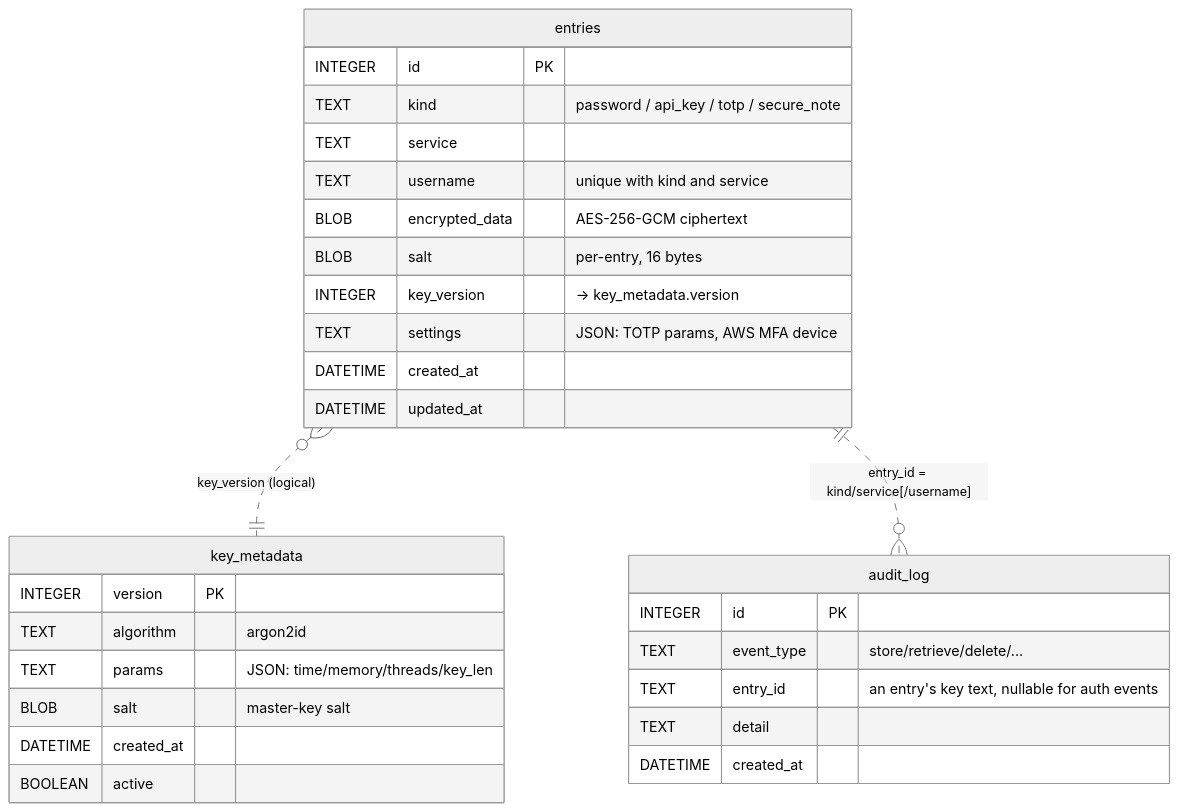
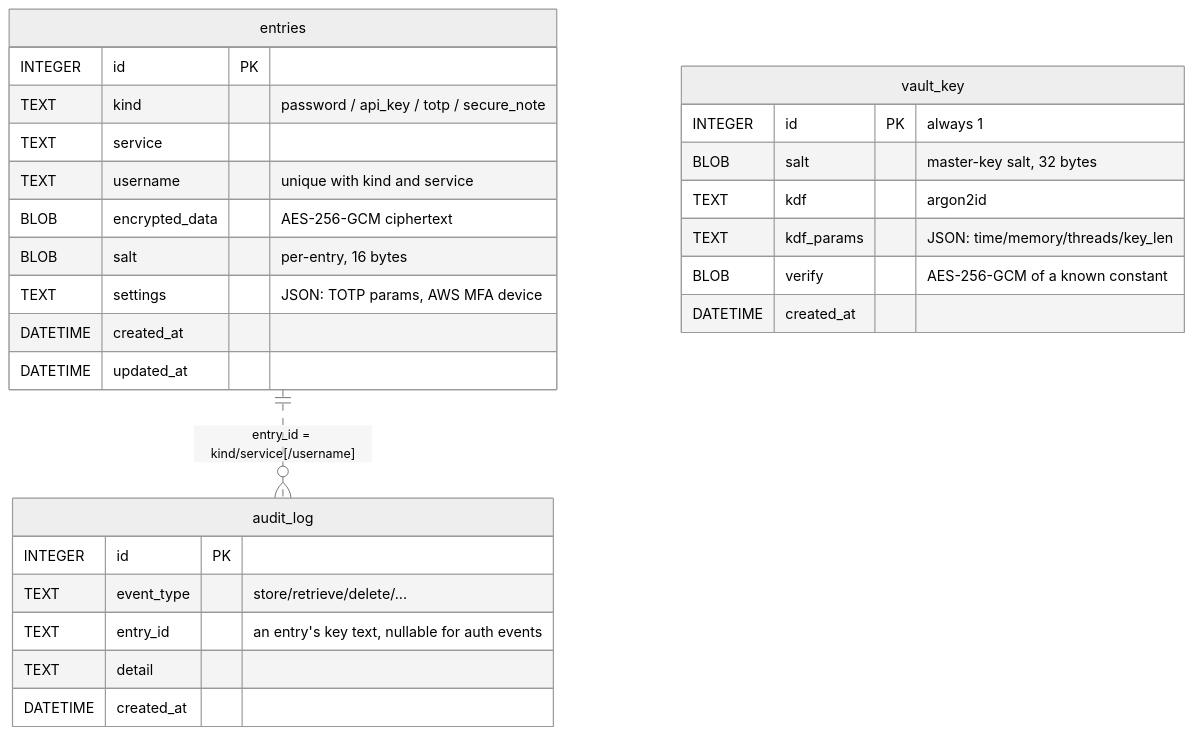
The diagram in docs/ARCHITECTURE.md (bashhack/sesh), drawn with Mermaid before and after one commit. The commit also changed other lines of this file and 34 other files, not shown here.

Commit message:
keep the master password's salt, settings and check value in the vault file, so the vault is one file

````diff
--- a/docs/ARCHITECTURE.md
+++ b/docs/ARCHITECTURE.md
@@ -216,36 +216,34 @@
 ```mermaid
 %%{init: {'theme': 'neutral'}}%%
 erDiagram
-    entries }o..|| key_metadata : "key_version (logical)"
     entries ||..o{ audit_log : "entry_id = kind/service[/username]"
 
     entries {
         INTEGER id PK
         TEXT kind "password / api_key / totp / secure_note"
         TEXT service
         TEXT username "unique with kind and service"
         BLOB encrypted_data "AES-256-GCM ciphertext"
         BLOB salt "per-entry, 16 bytes"
-        INTEGER key_version "→ key_metadata.version"
         TEXT settings "JSON: TOTP params, AWS MFA device"
         DATETIME created_at
         DATETIME updated_at
     }
 
-    key_metadata {
-        INTEGER version PK
-        TEXT algorithm "argon2id"
-        TEXT params "JSON: time/memory/threads/key_len"
-        BLOB salt "master-key salt"
+    vault_key {
+        INTEGER id PK "always 1"
+        BLOB salt "master-key salt, 32 bytes"
+        TEXT kdf "argon2id"
+        TEXT kdf_params "JSON: time/memory/threads/key_len"
+        BLOB verify "AES-256-GCM of a known constant"
         DATETIME created_at
-        BOOLEAN active
     }
 
     audit_log {
         INTEGER id PK
         TEXT event_type "store/retrieve/delete/..."
         TEXT entry_id "an entry's key text, nullable for auth events"
         TEXT detail
         DATETIME created_at
     }
 ```
````
